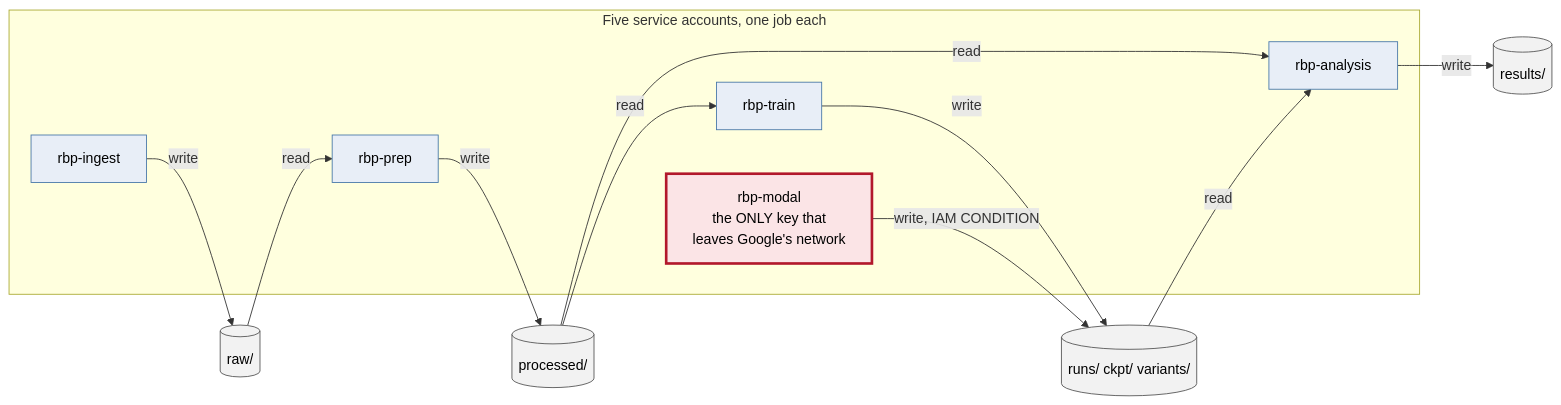
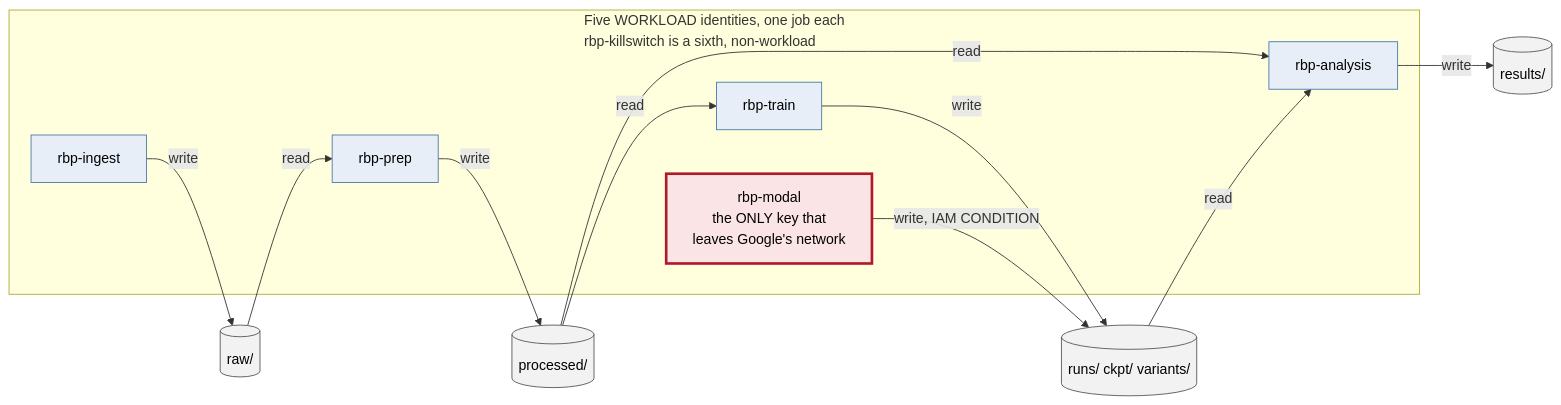
The fifth of 8 diagrams in docs/architecture.md (NirmalKumar31/rbp-protocol-calibration), drawn with Mermaid before and after one commit. The commit also changed other lines of this file and 1 other file, not shown here.

First paragraph of the commit message:
The infrastructure inventory counted five identities and two subnets; there are six of each
Documentation only. Live GCP and Terraform both say six custom service accounts and six custom
subnets, and three places in the setup guide still described the smaller earlier shape.

````diff
--- a/docs/architecture.md
+++ b/docs/architecture.md
@@ -260,32 +260,32 @@
 ```mermaid
 flowchart LR
-    subgraph SA["Five service accounts, one job each"]
+    subgraph SA["Five WORKLOAD identities, one job each<br/>rbp-killswitch is a sixth, non-workload"]
         I["rbp-ingest"]
         P["rbp-prep"]
         T["rbp-train"]
         A["rbp-analysis"]
         M["rbp-modal<br/>the ONLY key that<br/>leaves Google's network"]
     end
 
     RAWB[("raw/")]
     PROC[("processed/")]
     RUNS[("runs/ ckpt/ variants/")]
     RES[("results/")]
 
     I -->|"write"| RAWB
     RAWB -->|"read"| P
     P -->|"write"| PROC
     PROC -->|"read"| T
     T -->|"write"| RUNS
     PROC -->|"read"| A
     RUNS -->|"read"| A
     A -->|"write"| RES
     M -->|"write, IAM CONDITION"| RUNS
 
     classDef risky fill:#fbe4e6,stroke:#b2182b,color:#000,stroke-width:3px
     classDef sa fill:#e8eef7,stroke:#4878a8,color:#000
     classDef store fill:#f2f2f2,stroke:#555,color:#000
     class M risky
     class I,P,T,A sa
     class RAWB,PROC,RUNS,RES store
 ```
````
